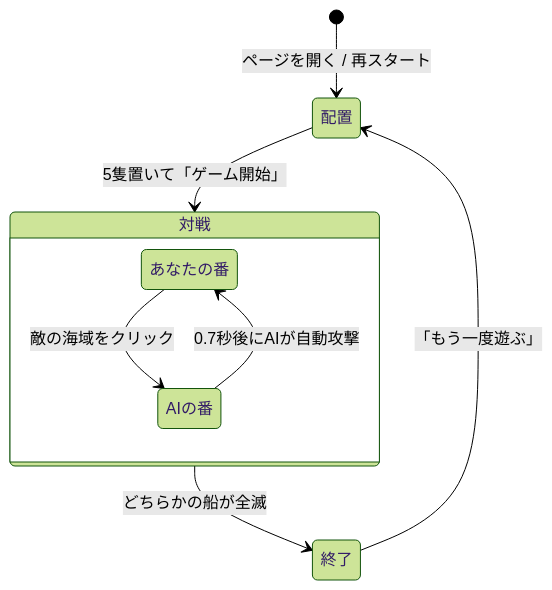
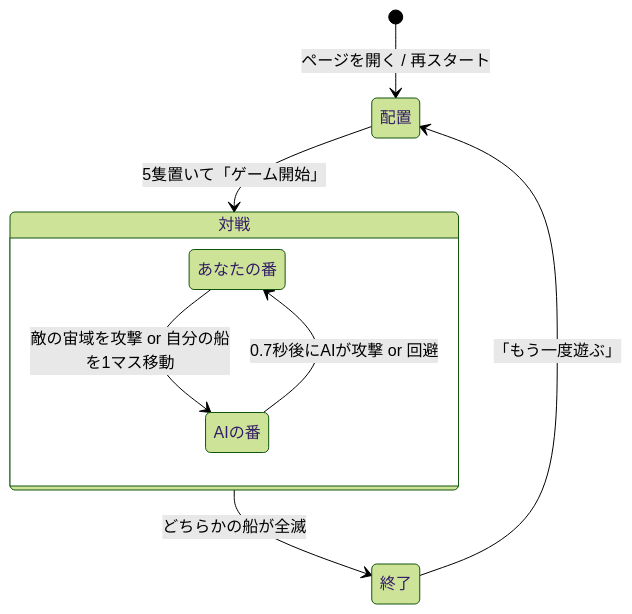
The second of 4 diagrams in docs/how-it-works.md (lightblue-emyu/battleship-vs-ai), drawn with Mermaid (forest theme) before and after one commit. The commit also changed other lines of this file and 15 other files, not shown here.

Commit message:
Let ships move one cell instead of attacking; add retro pixel-art graphics (#2)

````diff
--- a/docs/how-it-works.md
+++ b/docs/how-it-works.md
@@ -31,11 +31,11 @@
 ```mermaid
 stateDiagram-v2
   [*] --> 配置: ページを開く / 再スタート
   配置 --> 対戦: 5隻置いて「ゲーム開始」
   state 対戦 {
-    あなたの番 --> AIの番: 敵の海域をクリック
-    AIの番 --> あなたの番: 0.7秒後にAIが自動攻撃
+    あなたの番 --> AIの番: 敵の宙域を攻撃 or 自分の船を1マス移動
+    AIの番 --> あなたの番: 0.7秒後にAIが攻撃 or 回避
   }
   対戦 --> 終了: どちらかの船が全滅
   終了 --> 配置: 「もう一度遊ぶ」
 ```
````
